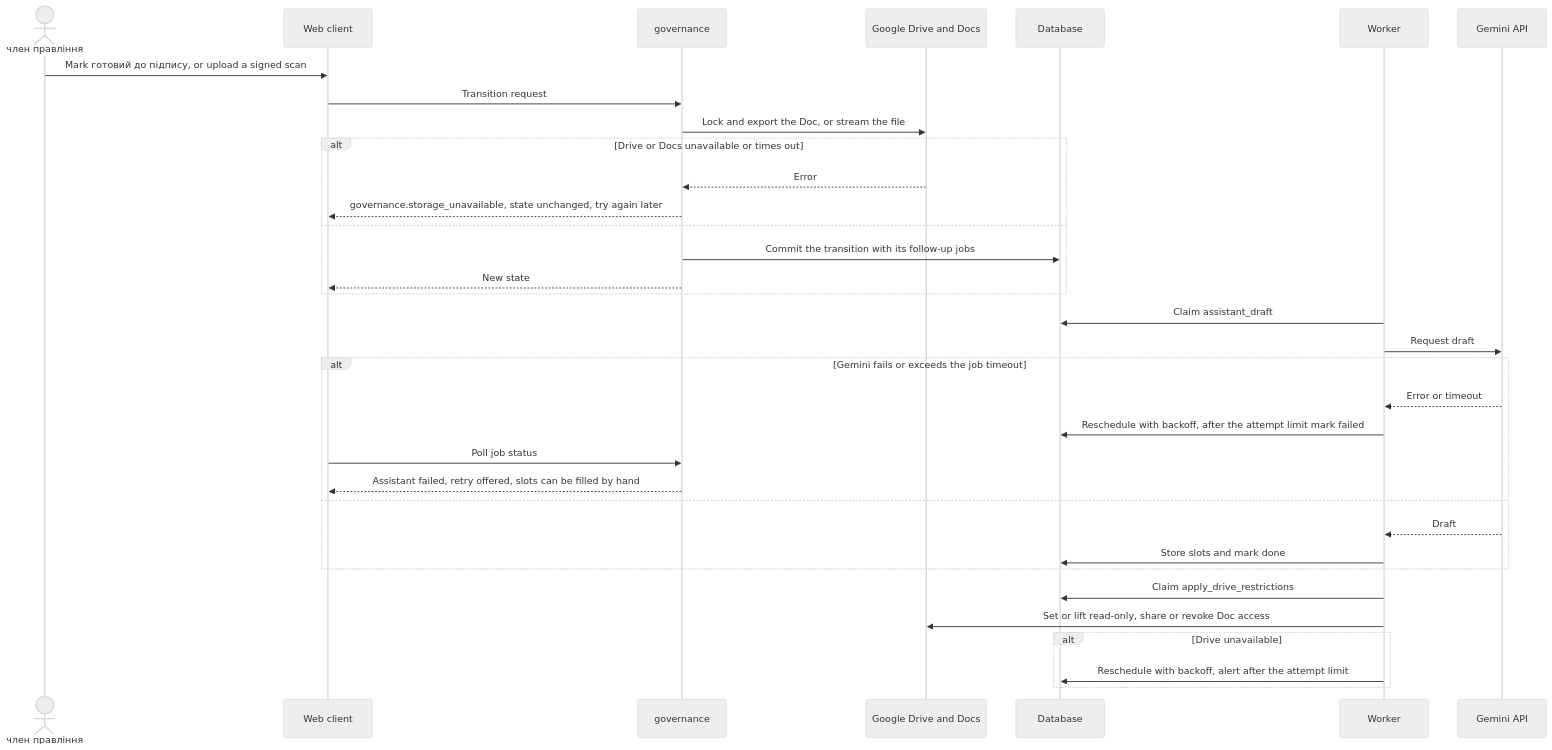
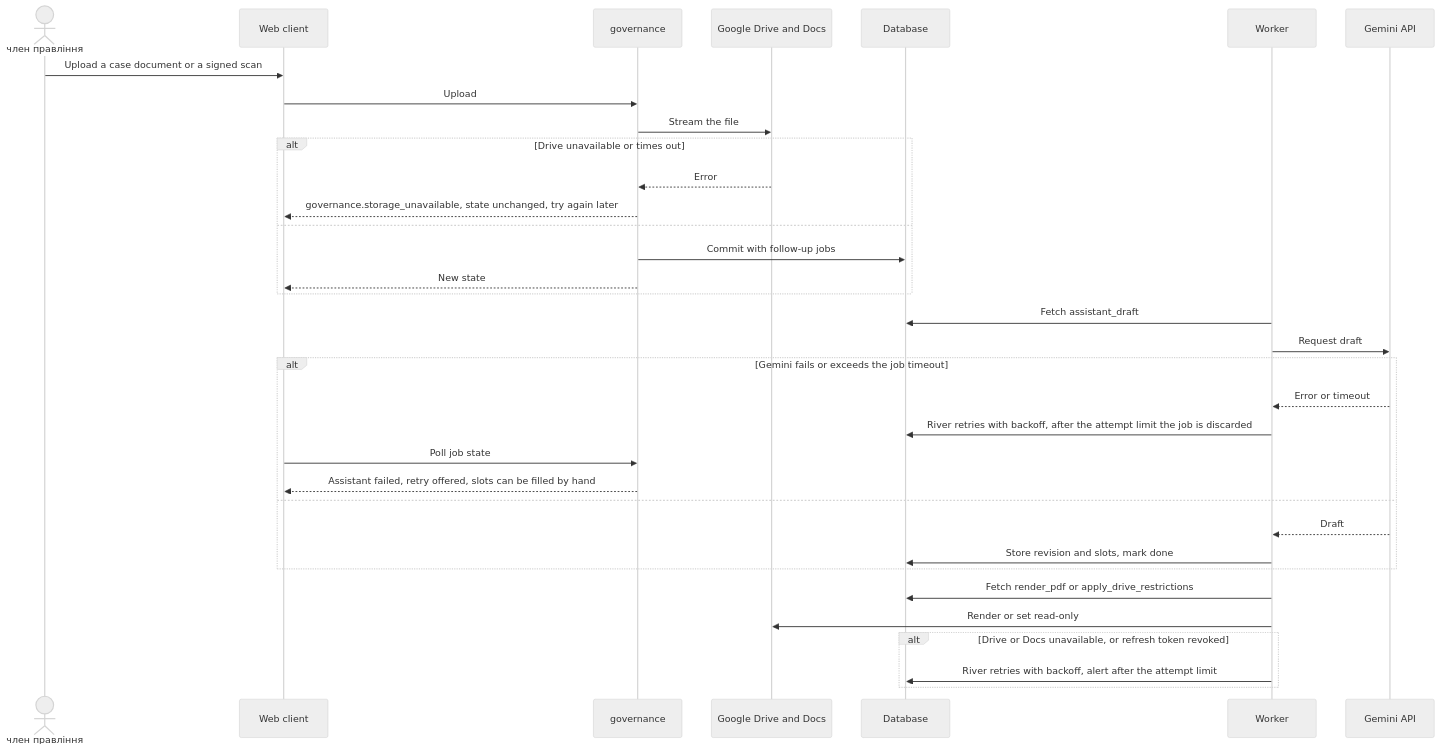
Diagram 13 of 13 in docs/features/board-protocol/sad.ao-architecture.md (AndriiOpryshko/spilno), drawn with Mermaid (neutral theme) before and after one commit. The commit also changed other lines of this file and 21 other files, not shown here.

First line of the commit message:
board-protocol: align ao-architecture SAD with Stage 1 scope and the shared decisions

````diff
--- a/docs/features/board-protocol/sad.ao-architecture.md
+++ b/docs/features/board-protocol/sad.ao-architecture.md
@@ -411,36 +493,36 @@
 ```mermaid
 sequenceDiagram
     actor M as член правління
     participant web as Web client
     participant gov as governance
     participant drive as Google Drive and Docs
     participant db as Database
     participant worker as Worker
     participant gemini as Gemini API
-    M->>web: Mark готовий до підпису, or upload a signed scan
-    web->>gov: Transition request
-    gov->>drive: Lock and export the Doc, or stream the file
-    alt Drive or Docs unavailable or times out
+    M->>web: Upload a case document or a signed scan
+    web->>gov: Upload
+    gov->>drive: Stream the file
+    alt Drive unavailable or times out
         drive-->>gov: Error
         gov-->>web: governance.storage_unavailable, state unchanged, try again later
     else
-        gov->>db: Commit the transition with its follow-up jobs
+        gov->>db: Commit with follow-up jobs
         gov-->>web: New state
     end
-    worker->>db: Claim assistant_draft
+    worker->>db: Fetch assistant_draft
     worker->>gemini: Request draft
     alt Gemini fails or exceeds the job timeout
         gemini-->>worker: Error or timeout
-        worker->>db: Reschedule with backoff, after the attempt limit mark failed
-        web->>gov: Poll job status
+        worker->>db: River retries with backoff, after the attempt limit the job is discarded
+        web->>gov: Poll job state
         gov-->>web: Assistant failed, retry offered, slots can be filled by hand
     else
         gemini-->>worker: Draft
-        worker->>db: Store slots and mark done
+        worker->>db: Store revision and slots, mark done
     end
-    worker->>db: Claim apply_drive_restrictions
-    worker->>drive: Set or lift read-only, share or revoke Doc access
-    alt Drive unavailable
-        worker->>db: Reschedule with backoff, alert after the attempt limit
+    worker->>db: Fetch render_pdf or apply_drive_restrictions
+    worker->>drive: Render or set read-only
+    alt Drive or Docs unavailable, or refresh token revoked
+        worker->>db: River retries with backoff, alert after the attempt limit
     end
 ```
````
